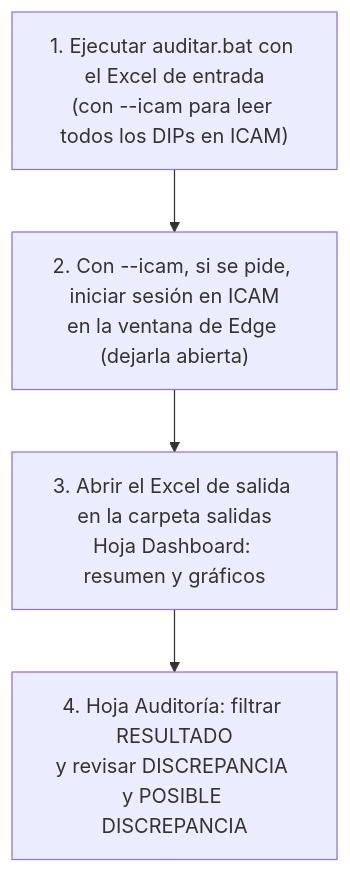
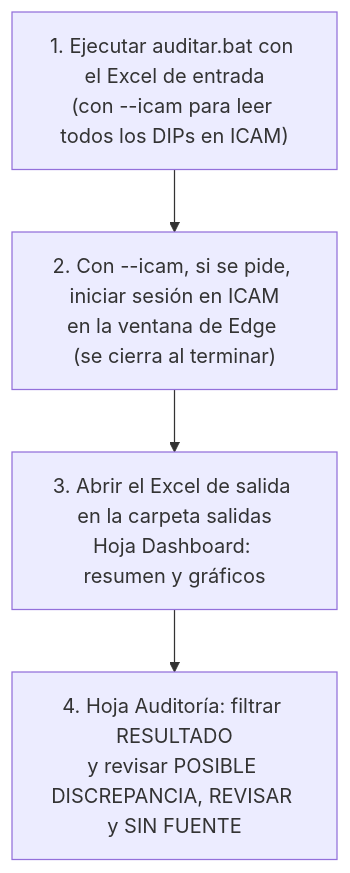
The second of 9 diagrams in docs/proceso.md (lviloriabas/dips), drawn with Mermaid before and after one commit. The commit also changed other lines of this file and 34 other files, not shown here.

Commit message:
Inventario de oxygen generators, pausa en los .bat y cierre del Edge de ICAM al terminar la lectura

````diff
--- a/docs/proceso.md
+++ b/docs/proceso.md
@@ -26,7 +54,7 @@
 ```mermaid
 flowchart TD
     A["1. Ejecutar auditar.bat con el Excel de entrada<br/>(con --icam para leer todos los DIPs en ICAM)"] --> B
-    B["2. Con --icam, si se pide, iniciar sesión en ICAM<br/>en la ventana de Edge (dejarla abierta)"] --> C
+    B["2. Con --icam, si se pide, iniciar sesión en ICAM<br/>en la ventana de Edge (se cierra al terminar)"] --> C
     C["3. Abrir el Excel de salida en la carpeta salidas<br/>Hoja Dashboard: resumen y gráficos"] --> D
-    D["4. Hoja Auditoría: filtrar RESULTADO<br/>y revisar DISCREPANCIA y POSIBLE DISCREPANCIA"]
+    D["4. Hoja Auditoría: filtrar RESULTADO<br/>y revisar POSIBLE DISCREPANCIA, REVISAR y SIN FUENTE"]
 ```
````
